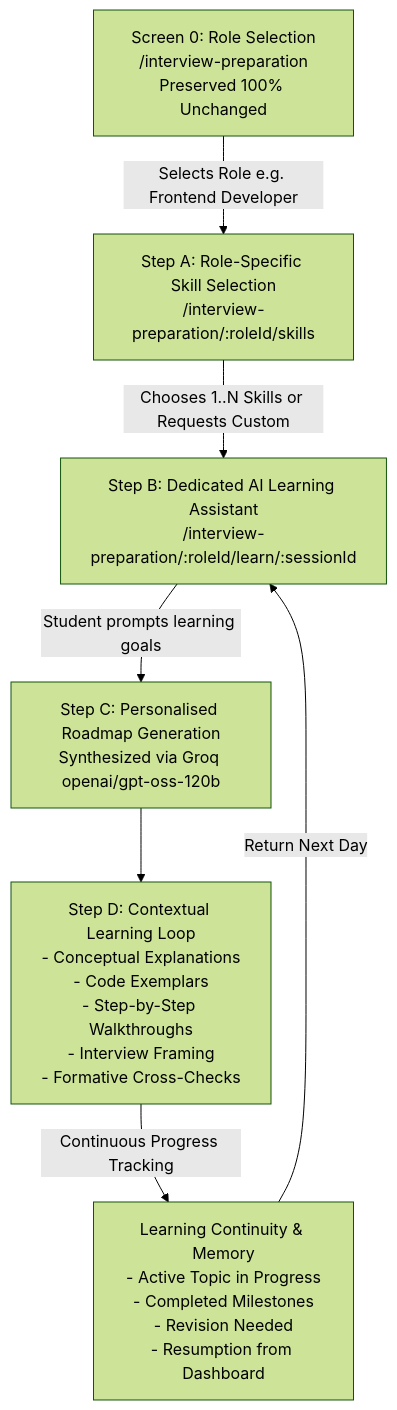
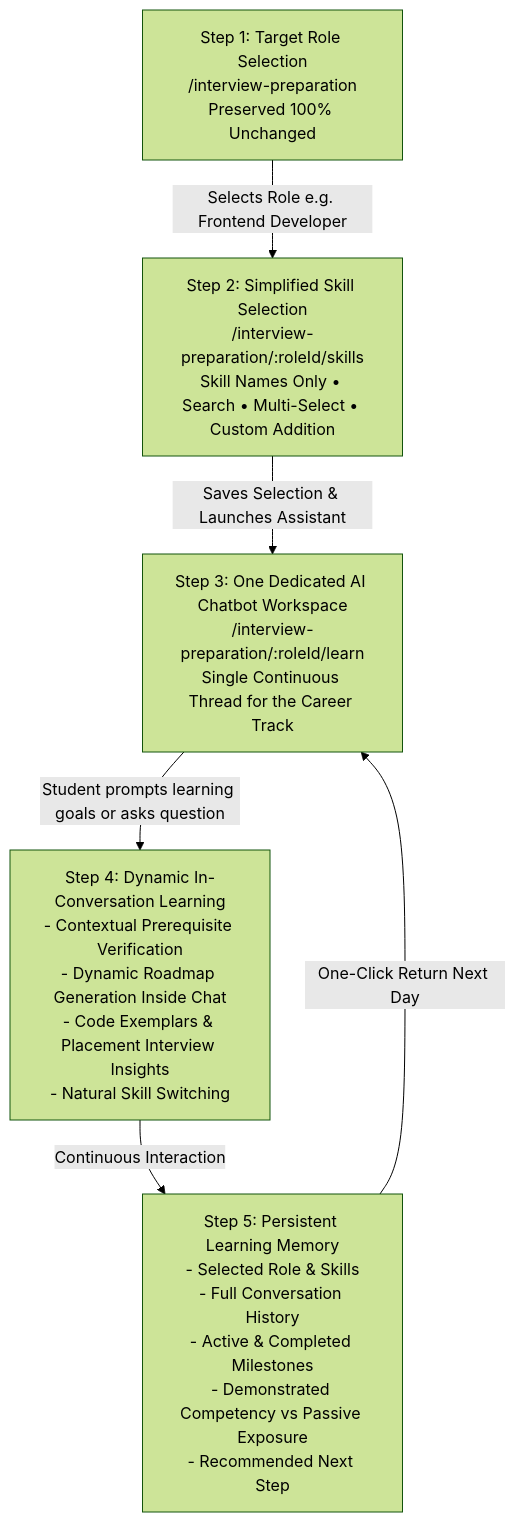
The first of 7 diagrams in docs/CAREERLAUNCH_NEW_PRODUCT_ARCHITECTURE_BLUEPRINT.md (Triptidhawann/Career-Launch), drawn with Mermaid (forest theme) before and after one commit. The commit also changed other lines of this file, not shown here.

Commit message:
docs(architecture): align blueprint with final product spec: one continuous assistant, simplified skill selection, and prerequisite intelligence

````diff
--- a/docs/CAREERLAUNCH_NEW_PRODUCT_ARCHITECTURE_BLUEPRINT.md
+++ b/docs/CAREERLAUNCH_NEW_PRODUCT_ARCHITECTURE_BLUEPRINT.md
@@ -39,9 +39,8 @@
 ```mermaid
 flowchart TD
-    A[Screen 0: Role Selection<br>/interview-preparation<br>Preserved 100% Unchanged] -->|Selects Role e.g. Frontend Developer| B[Step A: Role-Specific Skill Selection<br>/interview-preparation/:roleId/skills]
-    B -->|Chooses 1..N Skills or Requests Custom| C[Step B: Dedicated AI Learning Assistant<br>/interview-preparation/:roleId/learn/:sessionId]
-    C -->|Student prompts learning goals| D[Step C: Personalised Roadmap Generation<br>Synthesized via Groq openai/gpt-oss-120b]
-    D --> E[Step D: Contextual Learning Loop<br>- Conceptual Explanations<br>- Code Exemplars<br>- Step-by-Step Walkthroughs<br>- Interview Framing<br>- Formative Cross-Checks]
-    E -->|Continuous Progress Tracking| F[Learning Continuity & Memory<br>- Active Topic in Progress<br>- Completed Milestones<br>- Revision Needed<br>- Resumption from Dashboard]
-    F -->|Return Next Day| C
+    A[Step 1: Target Role Selection<br>/interview-preparation<br>Preserved 100% Unchanged] -->|Selects Role e.g. Frontend Developer| B[Step 2: Simplified Skill Selection<br>/interview-preparation/:roleId/skills<br>Skill Names Only • Search • Multi-Select • Custom Addition]
+    B -->|Saves Selection & Launches Assistant| C[Step 3: One Dedicated AI Chatbot Workspace<br>/interview-preparation/:roleId/learn<br>Single Continuous Thread for the Career Track]
+    C -->|Student prompts learning goals or asks question| D[Step 4: Dynamic In-Conversation Learning<br>- Contextual Prerequisite Verification<br>- Dynamic Roadmap Generation Inside Chat<br>- Code Exemplars & Placement Interview Insights<br>- Natural Skill Switching]
+    D -->|Continuous Interaction| E[Step 5: Persistent Learning Memory<br>- Selected Role & Skills<br>- Full Conversation History<br>- Active & Completed Milestones<br>- Demonstrated Competency vs Passive Exposure<br>- Recommended Next Step]
+    E -->|One-Click Return Next Day| C
 ```
````
